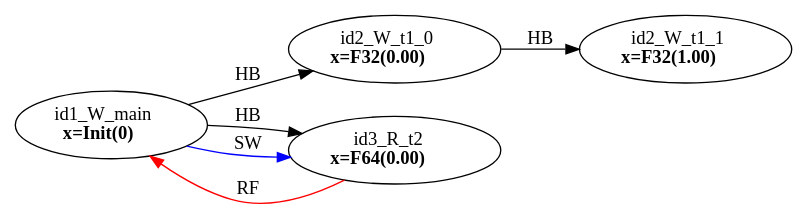
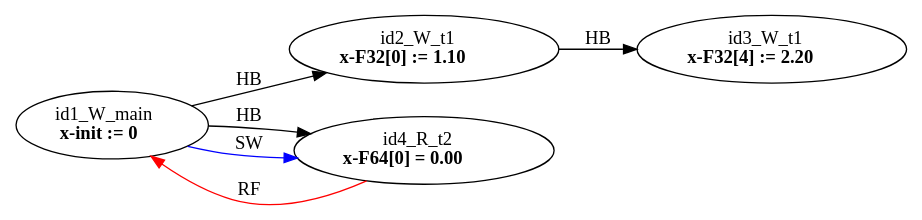
One commit to FMJS/EMME changed the diagram in examples/single_var/sv_simple10/mm1.dot. Above: the diagram before and after it, drawn with Graphviz. The commit also changed 481 other files, not shown here.

```diff
--- a/examples/single_var/sv_simple10/mm1.dot
+++ b/examples/single_var/sv_simple10/mm1.dot
@@ -1,13 +1,13 @@
 digraph memory_model {
 rankdir=LR;
 splines=true; esep=0.5;
-id2_W_t1_0 -> id2_W_t1_1 [label = "HB", color="black"];
-id1_W_main -> id2_W_t1_0 [label = "HB", color="black"];
-id1_W_main -> id3_R_t2 [label = "HB", color="black"];
-id3_R_t2 -> id1_W_main [label = "RF", color="red"];
-id1_W_main -> id3_R_t2 [label = "SW", color="blue"];
-id1_W_main [label=<id1_W_main<br/><B>x=Init(0)</B>>, pos="2.5,4!"]
-id2_W_t1_0 [label=<id2_W_t1_0<br/><B>x=F32(0.00)</B>>, pos="0,2!"]
-id2_W_t1_1 [label=<id2_W_t1_1<br/><B>x=F32(1.00)</B>>, pos="0,0!"]
-id3_R_t2 [label=<id3_R_t2<br/><B>x=F64(0.00)</B>>, pos="5,2!"]
+id2_W_t1 -> id3_W_t1 [label = "HB", color="black"];
+id1_W_main -> id2_W_t1 [label = "HB", color="black"];
+id1_W_main -> id4_R_t2 [label = "HB", color="black"];
+id4_R_t2 -> id1_W_main [label = "RF", color="red"];
+id1_W_main -> id4_R_t2 [label = "SW", color="blue"];
+id1_W_main [label=<id1_W_main<br/><B>x-init := 0</B>>, pos="2.5,4!"]
+id2_W_t1 [label=<id2_W_t1<br/><B>x-F32[0] := 1.10</B>>, pos="0,2!"]
+id3_W_t1 [label=<id3_W_t1<br/><B>x-F32[4] := 2.20</B>>, pos="0,0!"]
+id4_R_t2 [label=<id4_R_t2<br/><B>x-F64[0] = 0.00</B>>, pos="5,2!"]
 }
```
